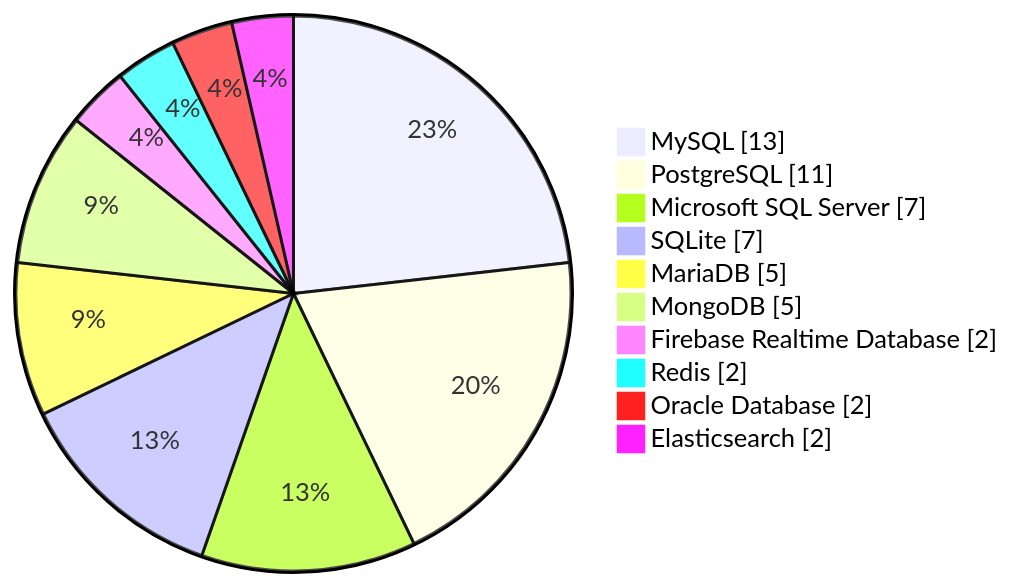
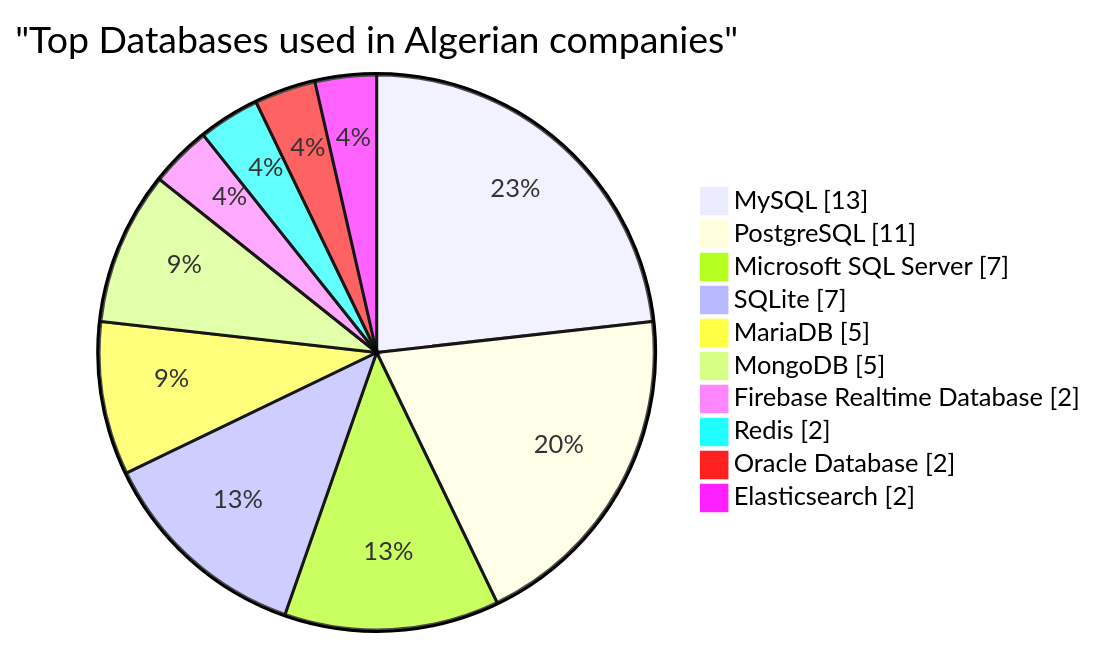
One commit to Fcmam5/state-of-dz-swe-2024 changed the tenth of 16 diagrams in website/docs/insights/technology-trends.md. Above: the diagram before and after it, drawn with Mermaid. The commit also changed other lines of this file, not shown here.

````diff
--- a/website/docs/insights/technology-trends.md
+++ b/website/docs/insights/technology-trends.md
@@ -163,13 +165,14 @@
 ```mermaid
 pie showData
+    title "Top Databases used in Algerian companies"
     "MySQL" : 13
     "PostgreSQL" : 11
     "Microsoft SQL Server" : 7
     "SQLite" : 7
     "MariaDB" : 5
     "MongoDB" : 5
     "Firebase Realtime Database" : 2
     "Redis" : 2
     "Oracle Database" : 2
     "Elasticsearch" : 2
 ```
````
